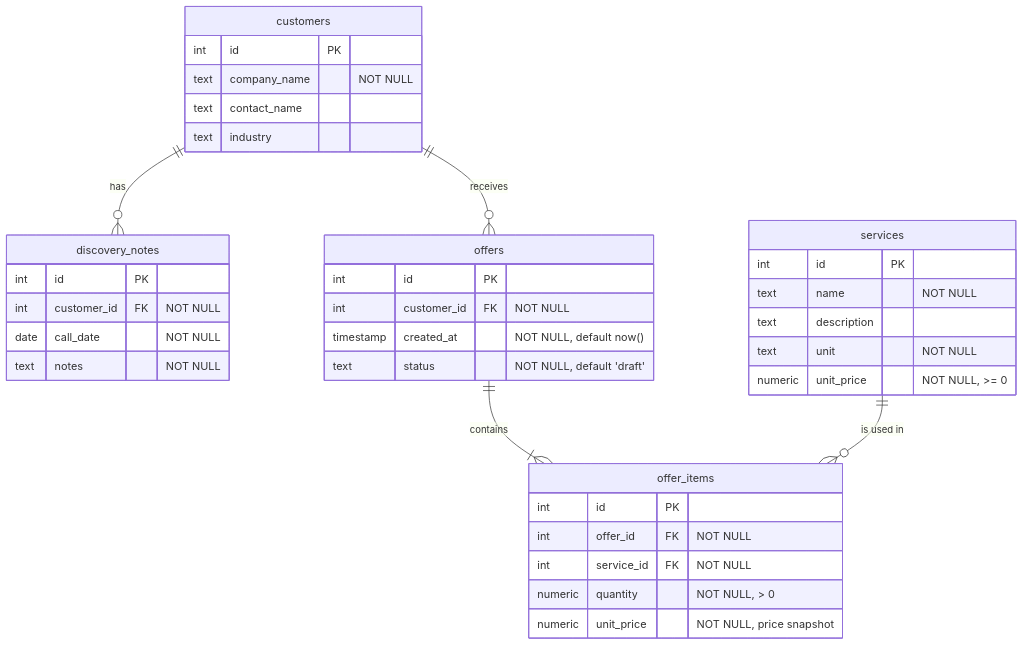
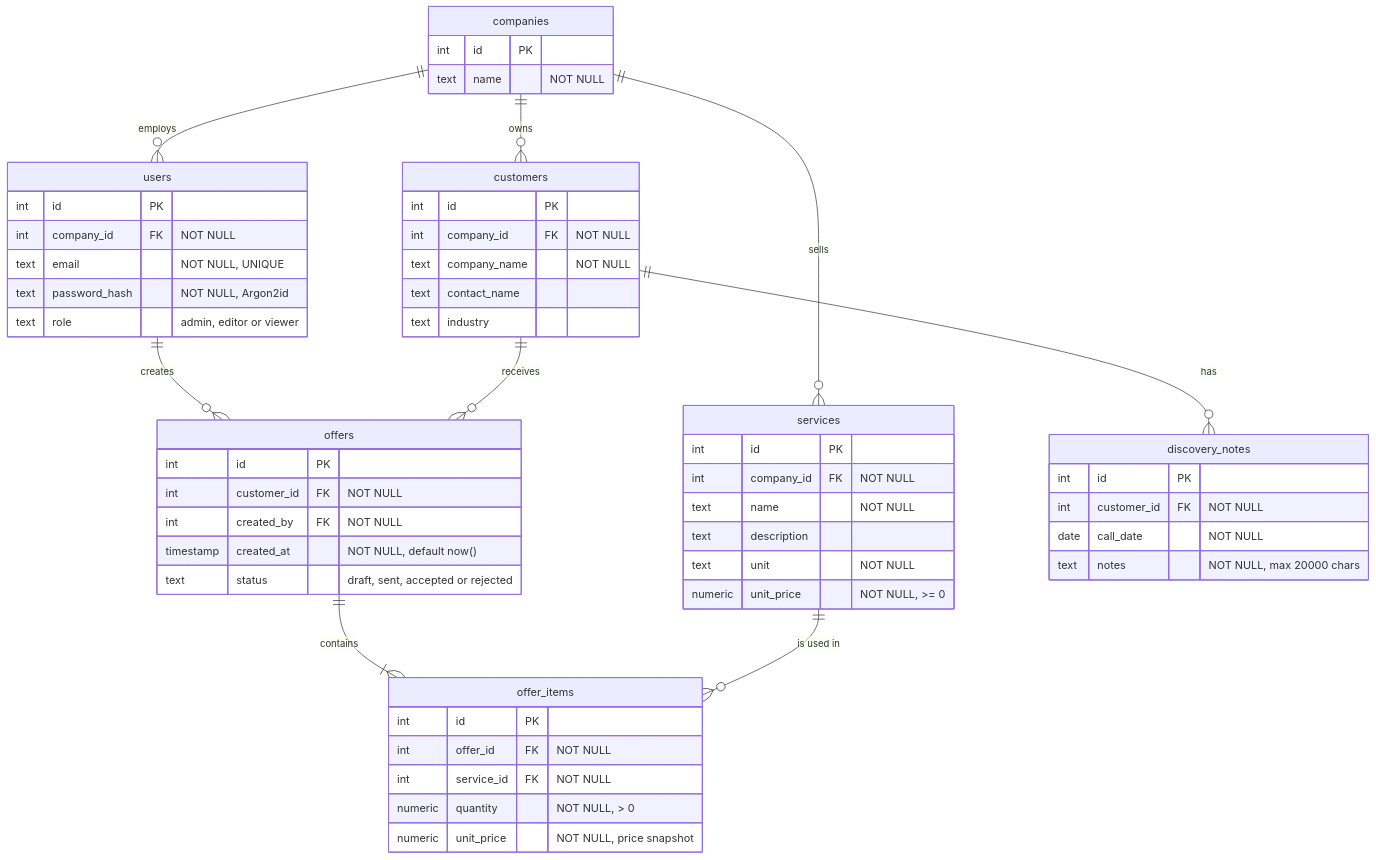
The diagram in docs/er-model.md (Josef-404/offer-copilot), drawn with Mermaid before and after one commit. The commit also changed other lines of this file and 3 other files, not shown here.

Commit message:
Add users and companies for RBAC and tenant isolation

````diff
--- a/docs/er-model.md
+++ b/docs/er-model.md
@@ -5,40 +5,58 @@
 ```mermaid
 erDiagram
+    companies ||--o{ users : "employs"
+    companies ||--o{ customers : "owns"
+    companies ||--o{ services : "sells"
+    users ||--o{ offers : "creates"
     customers ||--o{ discovery_notes : "has"
     customers ||--o{ offers : "receives"
     offers ||--|{ offer_items : "contains"
     services ||--o{ offer_items : "is used in"
 
+    companies {
+        int id PK
+        text name "NOT NULL"
+    }
+    users {
+        int id PK
+        int company_id FK "NOT NULL"
+        text email "NOT NULL, UNIQUE"
+        text password_hash "NOT NULL, Argon2id"
+        text role "admin, editor or viewer"
+    }
     customers {
         int id PK
+        int company_id FK "NOT NULL"
         text company_name "NOT NULL"
         text contact_name
         text industry
     }
     services {
         int id PK
+        int company_id FK "NOT NULL"
         text name "NOT NULL"
         text description
         text unit "NOT NULL"
         numeric unit_price "NOT NULL, >= 0"
     }
     discovery_notes {
         int id PK
         int customer_id FK "NOT NULL"
         date call_date "NOT NULL"
-        text notes "NOT NULL"
+        text notes "NOT NULL, max 20000 chars"
     }
     offers {
         int id PK
         int customer_id FK "NOT NULL"
+        int created_by FK "NOT NULL"
         timestamp created_at "NOT NULL, default now()"
-        text status "NOT NULL, default 'draft'"
+        text status "draft, sent, accepted or rejected"
     }
     offer_items {
         int id PK
         int offer_id FK "NOT NULL"
         int service_id FK "NOT NULL"
         numeric quantity "NOT NULL, > 0"
         numeric unit_price "NOT NULL, price snapshot"
     }
 ```
````
